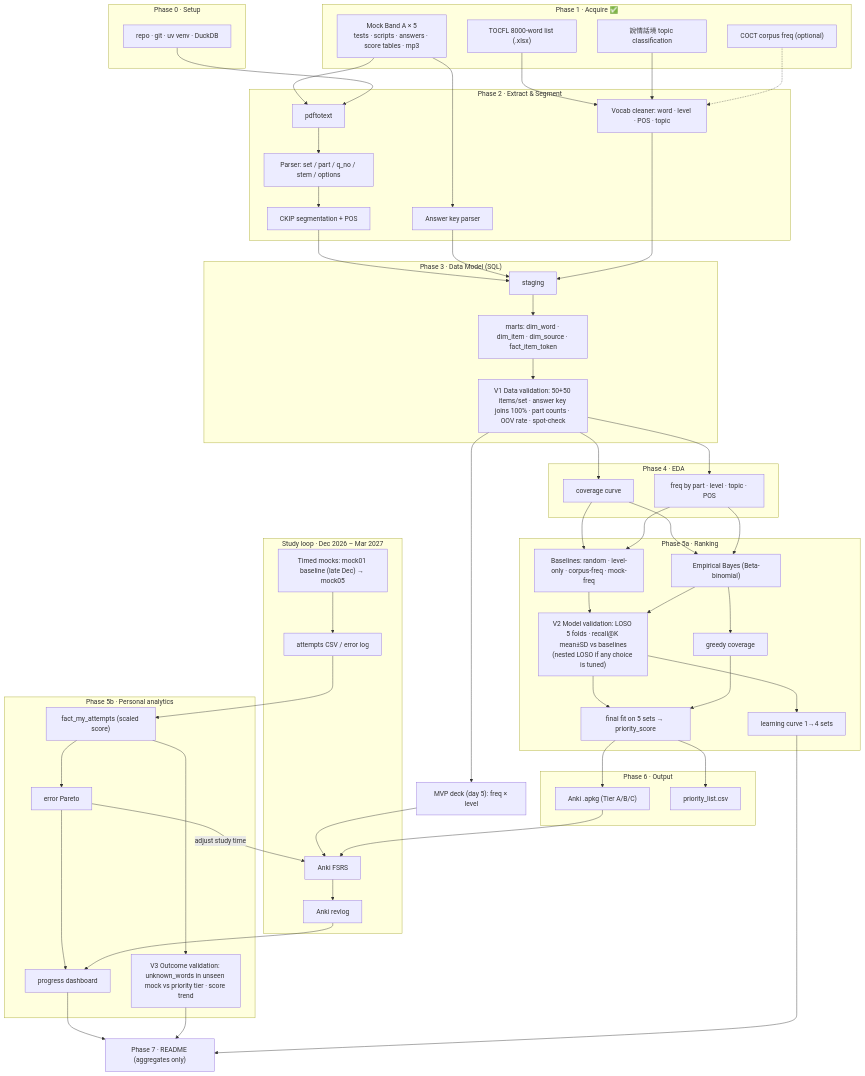
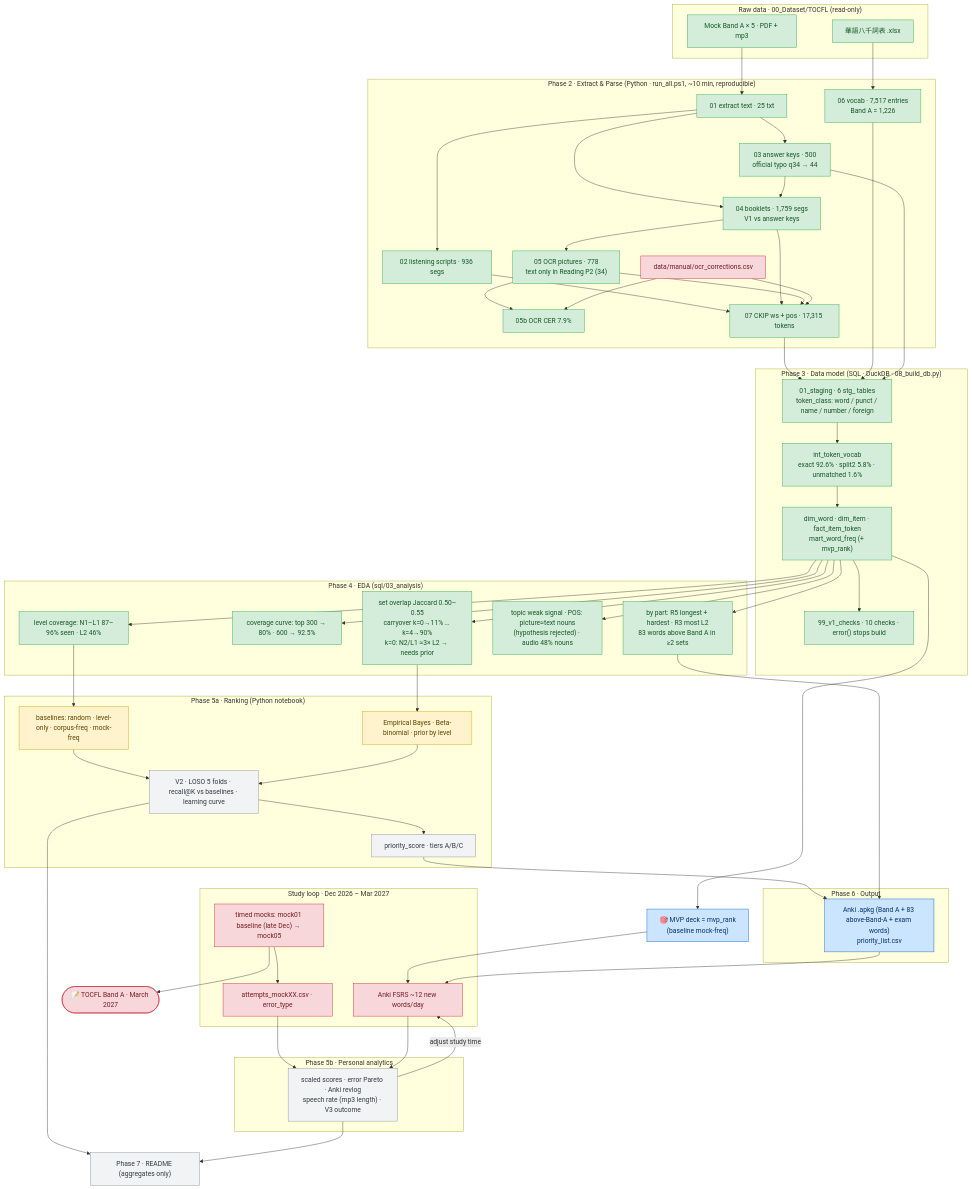
Before and after one commit to nanonKit/tocfl-test-prediction-model: the diagram in docs/workflow.md, drawn with Mermaid. The commit also changed other lines of this file, not shown here.

Commit message:
docs(workflow): phase 3 and 4 done

````diff
--- a/docs/workflow.md
+++ b/docs/workflow.md
@@ -3,75 +5,87 @@
 ```mermaid
 flowchart TD
-    subgraph P1["Phase 1 · Acquire ✅"]
-        A1["Mock Band A × 5<br/>tests · scripts · answers · score tables · mp3"]
-        A2["TOCFL 8000-word list (.xlsx)"]
-        A3["說情話境 topic classification"]
-        A4["COCT corpus freq (optional)"]
+    classDef done fill:#d4edda,stroke:#28a745,color:#155724
+    classDef wip fill:#fff3cd,stroke:#d39e00,color:#5c4400
+    classDef todo fill:#f1f3f5,stroke:#868e96,color:#343a40
+    classDef manual fill:#f8d7da,stroke:#c82333,color:#721c24
+    classDef out fill:#cce5ff,stroke:#0062cc,color:#003166
+
+    subgraph RAW["Raw data · 00_Dataset/TOCFL (read-only)"]
+        R1["Mock Band A × 5 · PDF + mp3"]:::done
+        R2["華語八千詞表 .xlsx"]:::done
     end
-    subgraph P0["Phase 0 · Setup"]
-        B1["repo · git · uv venv · DuckDB"]
+
+    subgraph P2["Phase 2 · Extract & Parse (Python · run_all.ps1, ~10 min, reproducible)"]
+        S1["01 extract text · 25 txt"]:::done
+        S2["02 listening scripts · 936 segs"]:::done
+        S3["03 answer keys · 500<br/>official typo q34 → 44"]:::done
+        S4["04 booklets · 1,759 segs<br/>V1 vs answer keys"]:::done
+        S5["05 OCR pictures · 778<br/>text only in Reading P2 (34)"]:::done
+        M1["data/manual/ocr_corrections.csv"]:::manual
+        S5b["05b OCR CER 7.9%"]:::done
+        S6["06 vocab · 7,517 entries<br/>Band A = 1,226"]:::done
+        S7["07 CKIP ws + pos · 17,315 tokens"]:::done
     end
-    subgraph P2["Phase 2 · Extract & Segment"]
-        C1["pdftotext"] --> C2["Parser: set / part / q_no / stem / options"] --> C3["CKIP segmentation + POS"]
-        C4["Answer key parser"]
-        C5["Vocab cleaner: word · level · POS · topic"]
+
+    subgraph P3["Phase 3 · Data model (SQL · DuckDB · 08_build_db.py)"]
+        D1["01_staging · 6 stg_ tables<br/>token_class: word / punct / name / number / foreign"]:::done
+        D2["int_token_vocab<br/>exact 92.6% · split2 5.8% · unmatched 1.6%"]:::done
+        D3["dim_word · dim_item · fact_item_token<br/>mart_word_freq (+ mvp_rank)"]:::done
+        D4["99_v1_checks · 10 checks · error() stops build"]:::done
     end
-    subgraph P3["Phase 3 · Data Model (SQL)"]
-        D1["staging"] --> D2["marts: dim_word · dim_item · dim_source · fact_item_token"] --> D3["V1 Data validation: 50+50 items/set · answer key joins 100% · part counts · OOV rate · spot-check"]
+
+    MVP["🎯 MVP deck = mvp_rank<br/>(baseline mock-freq)"]:::out
+
+    subgraph P4["Phase 4 · EDA (sql/03_analysis)"]
+        E1["level coverage: N1–L1 87–96% seen · L2 46%"]:::done
+        E2["coverage curve: top 300 → 80% · 600 → 92.5%"]:::done
+        E3["by part: R5 longest + hardest · R3 most L2<br/>83 words above Band A in ≥2 sets"]:::done
+        E4["topic weak signal · POS: picture≈text nouns<br/>(hypothesis rejected) · audio 48% nouns"]:::done
+        E5["set overlap Jaccard 0.50–0.55<br/>carryover k=0→11% … k=4→90%<br/>k=0: N2/L1 ≈3× L2 → needs prior"]:::done
     end
-    MVP["MVP deck (day 5): freq × level"]
-    subgraph P4["Phase 4 · EDA"]
-        E1["coverage curve"]
-        E2["freq by part · level · topic · POS"]
+
+    subgraph P5["Phase 5a · Ranking (Python notebook)"]
+        F0["baselines: random · level-only · corpus-freq · mock-freq"]:::wip
+        F1["Empirical Bayes · Beta-binomial · prior by level"]:::wip
+        F2["V2 · LOSO 5 folds · recall@K vs baselines · learning curve"]:::todo
+        F5["priority_score · tiers A/B/C"]:::todo
     end
-    subgraph P5["Phase 5a · Ranking"]
-        F0["Baselines: random · level-only · corpus-freq · mock-freq"]
-        F1["Empirical Bayes (Beta-binomial)"]
-        F2["V2 Model validation: LOSO 5 folds · recall@K mean±SD vs baselines<br/>(nested LOSO if any choice is tuned)"]
-        F3["learning curve 1→4 sets"]
-        F4["greedy coverage"]
-        F5["final fit on 5 sets → priority_score"]
-        F0 --> F2
-        F1 --> F2 --> F3
-        F1 --> F4
-        F2 --> F5
-        F4 --> F5
+
+    subgraph P6["Phase 6 · Output"]
+        G1["Anki .apkg (Band A + 83 above-Band-A + exam words)<br/>priority_list.csv"]:::out
     end
-    subgraph P6["Phase 6 · Output"]
-        G1["Anki .apkg (Tier A/B/C)"]
-        G2["priority_list.csv"]
+
+    subgraph STUDY["Study loop · Dec 2026 – Mar 2027"]
+        H1["Anki FSRS ~12 new words/day"]:::manual
+        H2["timed mocks: mock01 baseline (late Dec) → mock05"]:::manual
+        H3["attempts_mockXX.csv · error_type"]:::manual
     end
-    subgraph STUDY["Study loop · Dec 2026 – Mar 2027"]
-        H1["Anki FSRS"] --> H4["Anki revlog"]
-        H2["Timed mocks: mock01 baseline (late Dec) → mock05"] --> H3["attempts CSV / error log"]
+
+    subgraph P5B["Phase 5b · Personal analytics"]
+        I1["scaled scores · error Pareto · Anki revlog<br/>speech rate (mp3 length) · V3 outcome"]:::todo
     end
-    subgraph P5B["Phase 5b · Personal analytics"]
-        I1["fact_my_attempts (scaled score)"] --> I2["error Pareto"] --> I3["progress dashboard"]
-        I4["V3 Outcome validation: unknown_words in unseen mock vs priority tier · score trend"]
-        I1 --> I4
-    end
-    J1["Phase 7 · README (aggregates only)"]
 
-    A1 --> C1
-    A1 --> C4
-    A2 --> C5
-    A3 --> C5
-    A4 -.-> C5
-    B1 --> C1
-    C3 --> D1
-    C4 --> D1
-    C5 --> D1
+    J1["Phase 7 · README (aggregates only)"]:::todo
+    EXAM(["📝 TOCFL Band A · March 2027"]):::manual
+
+    R1 --> S1
+    S1 --> S2 & S3 & S4
+    S3 --> S4 --> S5 --> S5b
+    M1 --> S5b
+    R2 --> S6
+    S2 & S4 & S5 & M1 --> S7
+    S7 & S6 & S3 --> D1 --> D2 --> D3 --> D4
     D3 --> MVP
-    D3 --> E1 & E2
-    E1 & E2 --> F1
-    E1 & E2 --> F0
-    F5 --> G1 & G2
+    D3 --> E1 & E2 & E3 & E4 & E5
+    E5 --> F1
+    E1 --> F0
+    F0 & F1 --> F2 --> F5 --> G1
+    E3 --> G1
     MVP --> H1
     G1 --> H1
-    H3 --> I1
-    H4 --> I3
-    I2 -->|"adjust study time"| H1
-    I3 --> J1
-    I4 --> J1
-    F3 --> J1
+    H2 --> H3 --> I1
+    H1 --> I1
+    I1 -->|"adjust study time"| H1
+    F2 & I1 --> J1
+    H2 --> EXAM
 ```
````
